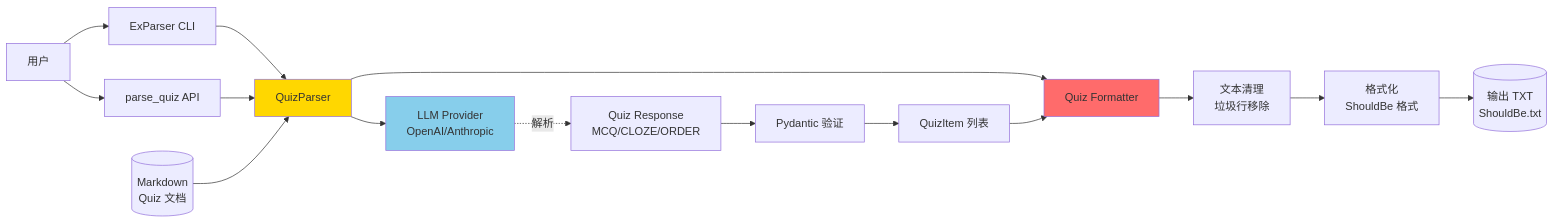
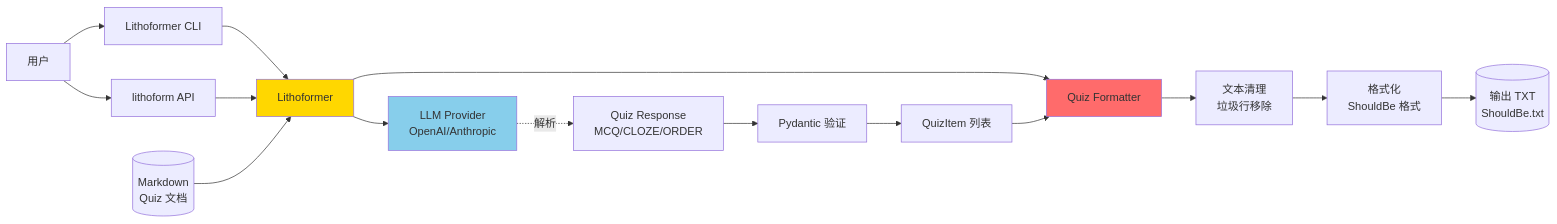
Before and after one commit to C1M0N/Memosyne: the third of 11 diagrams in ARCHITECTURE.md, drawn with Mermaid. The commit also changed other lines of this file and 22 other files, not shown here.

First line of the commit message:
[v0.6.2] 系统性重命名：MMS→Reanimater & ExParser→Lithoformer

````diff
--- a/ARCHITECTURE.md
+++ b/ARCHITECTURE.md
@@ -149,27 +149,27 @@
 ```mermaid
 flowchart LR
-    User[用户] --> CLI[ExParser CLI]
-    User --> API[parse_quiz API]
+    User[用户] --> CLI[Lithoformer CLI]
+    User --> API[lithoform API]
 
-    CLI --> QuizParser
-    API --> QuizParser
+    CLI --> Lithoformer
+    API --> Lithoformer
 
-    QuizParser --> LLM[LLM Provider<br/>OpenAI/Anthropic]
-    QuizParser --> Formatter[Quiz Formatter]
+    Lithoformer --> LLM[LLM Provider<br/>OpenAI/Anthropic]
+    Lithoformer --> Formatter[Quiz Formatter]
 
-    InputMD[(Markdown<br/>Quiz 文档)] --> QuizParser
+    InputMD[(Markdown<br/>Quiz 文档)] --> Lithoformer
 
     LLM -.解析.-> QuizResp[Quiz Response<br/>MCQ/CLOZE/ORDER]
 
     QuizResp --> Validation[Pydantic 验证]
     Validation --> QuizItems[QuizItem 列表]
 
     QuizItems --> Formatter
     Formatter --> Sanitize[文本清理<br/>垃圾行移除]
     Sanitize --> Format[格式化<br/>ShouldBe 格式]
     Format --> OutputTXT[(输出 TXT<br/>ShouldBe.txt)]
 
-    style QuizParser fill:#ffd700
+    style Lithoformer fill:#ffd700
     style LLM fill:#87ceeb
     style Formatter fill:#ff6b6b
 ```
````
